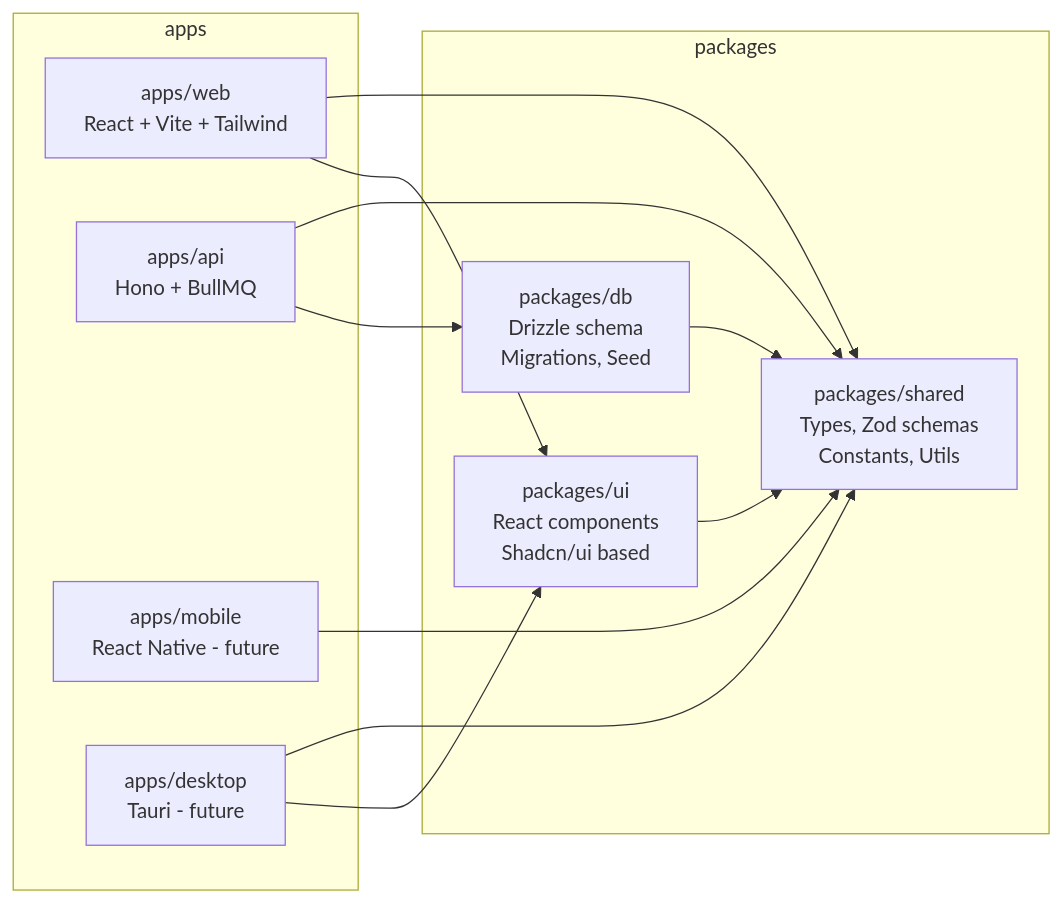
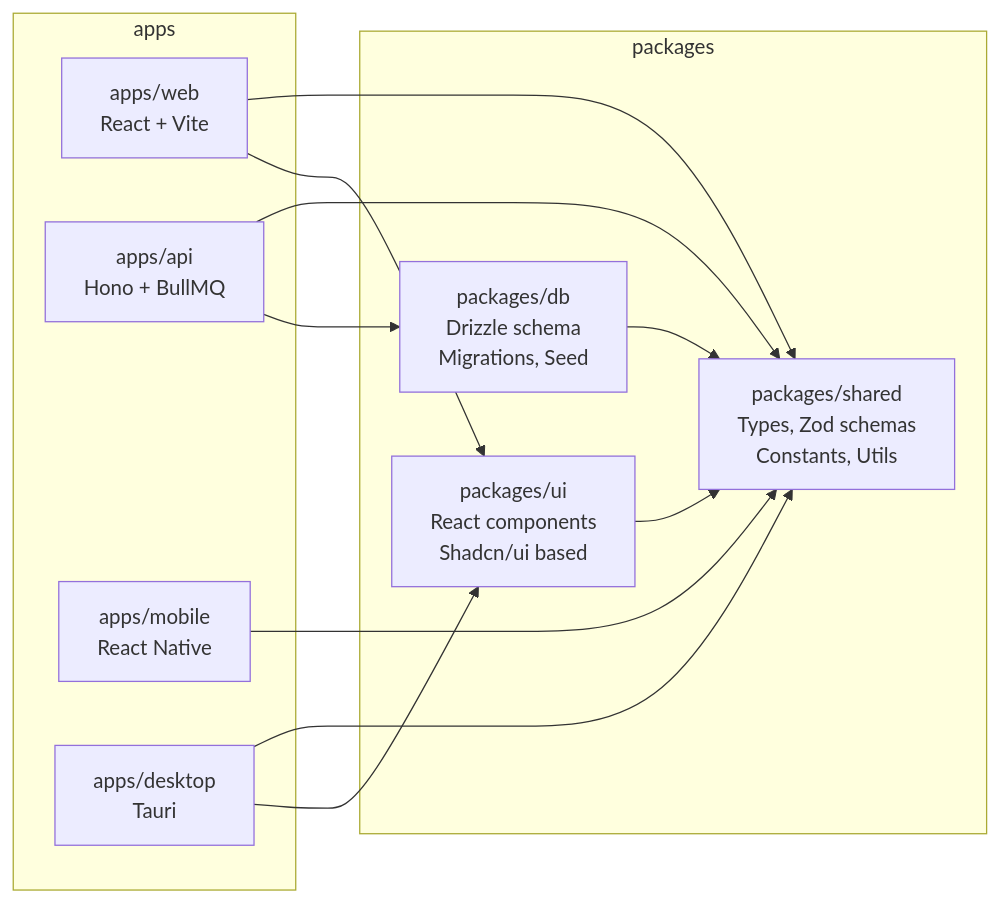
One commit to Dsantiagomj/rumbo changed the second of 8 diagrams in docs/ARCHITECTURE.md. Above: the diagram before and after it, drawn with Mermaid. The commit also changed other lines of this file and 4 other files, not shown here.

````diff
--- a/docs/ARCHITECTURE.md
+++ b/docs/ARCHITECTURE.md
@@ -67,25 +67,25 @@
 ```mermaid
 graph LR
     subgraph apps
-        WEB[apps/web<br/>React + Vite + Tailwind]
+        WEB[apps/web<br/>React + Vite]
         API_APP[apps/api<br/>Hono + BullMQ]
-        MOBILE_APP[apps/mobile<br/>React Native - future]
-        DESKTOP_APP[apps/desktop<br/>Tauri - future]
+        MOBILE_APP[apps/mobile<br/>React Native]
+        DESKTOP_APP[apps/desktop<br/>Tauri]
     end
 
     subgraph packages
         SHARED[packages/shared<br/>Types, Zod schemas<br/>Constants, Utils]
         DB_PKG[packages/db<br/>Drizzle schema<br/>Migrations, Seed]
         UI_PKG[packages/ui<br/>React components<br/>Shadcn/ui based]
     end
 
     WEB --> SHARED
     WEB --> UI_PKG
     API_APP --> SHARED
     API_APP --> DB_PKG
     MOBILE_APP --> SHARED
     DESKTOP_APP --> SHARED
     DESKTOP_APP --> UI_PKG
     UI_PKG --> SHARED
     DB_PKG --> SHARED
 ```
````
